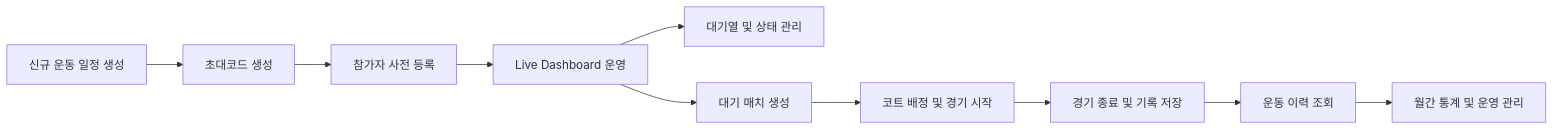
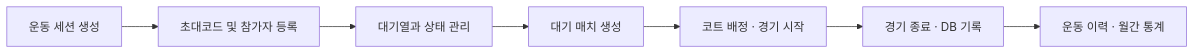
The first of 2 diagrams in README.md (Leeeyounghwan/PlayCock), drawn with Mermaid before and after one commit. The commit also changed other lines of this file, not shown here.

Commit message:
docs: refine README for portfolio with architecture and verification

````diff
--- a/README.md
+++ b/README.md
@@ -10,12 +14,9 @@
 ```mermaid
 flowchart LR
-    A[신규 운동 일정 생성] --> B[초대코드 생성]
-    B --> C[참가자 사전 등록]
-    C --> D[Live Dashboard 운영]
-    D --> E[대기열 및 상태 관리]
-    D --> F[대기 매치 생성]
-    F --> G[코트 배정 및 경기 시작]
-    G --> H[경기 종료 및 기록 저장]
-    H --> I[운동 이력 조회]
-    I --> J[월간 통계 및 운영 관리]
+ A[운동 세션 생성] --> B[초대코드 및 참가자 등록]
+ B --> C[대기열과 상태 관리]
+ C --> D[대기 매치 생성]
+ D --> E[코트 배정 · 경기 시작]
+ E --> F[경기 종료 · DB 기록]
+ F --> G[운동 이력 · 월간 통계]
 ```
````
